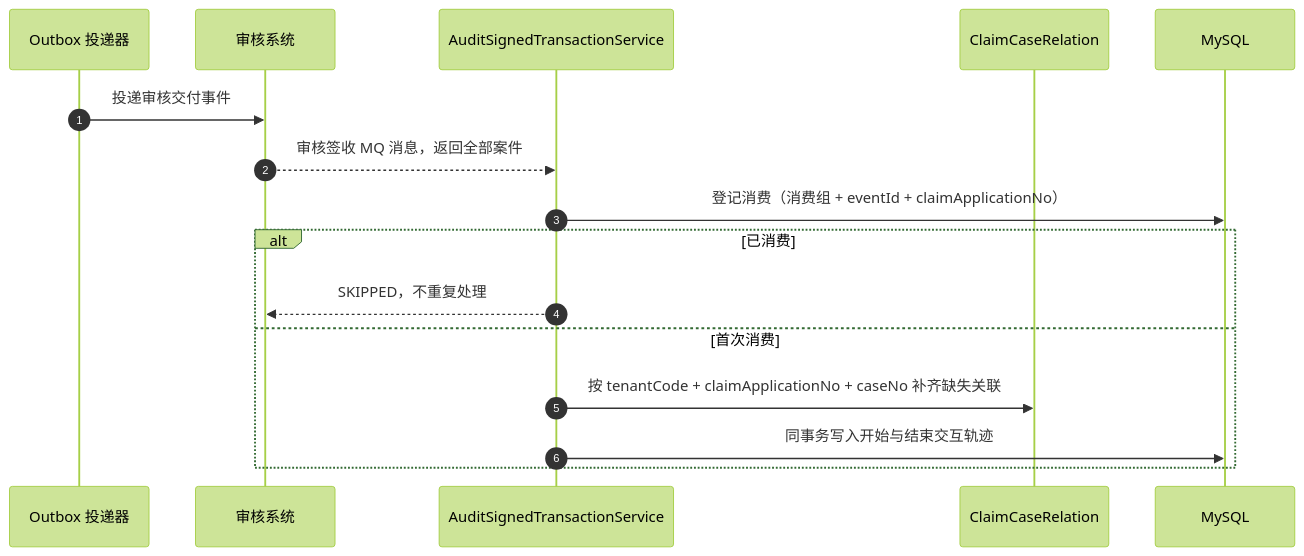
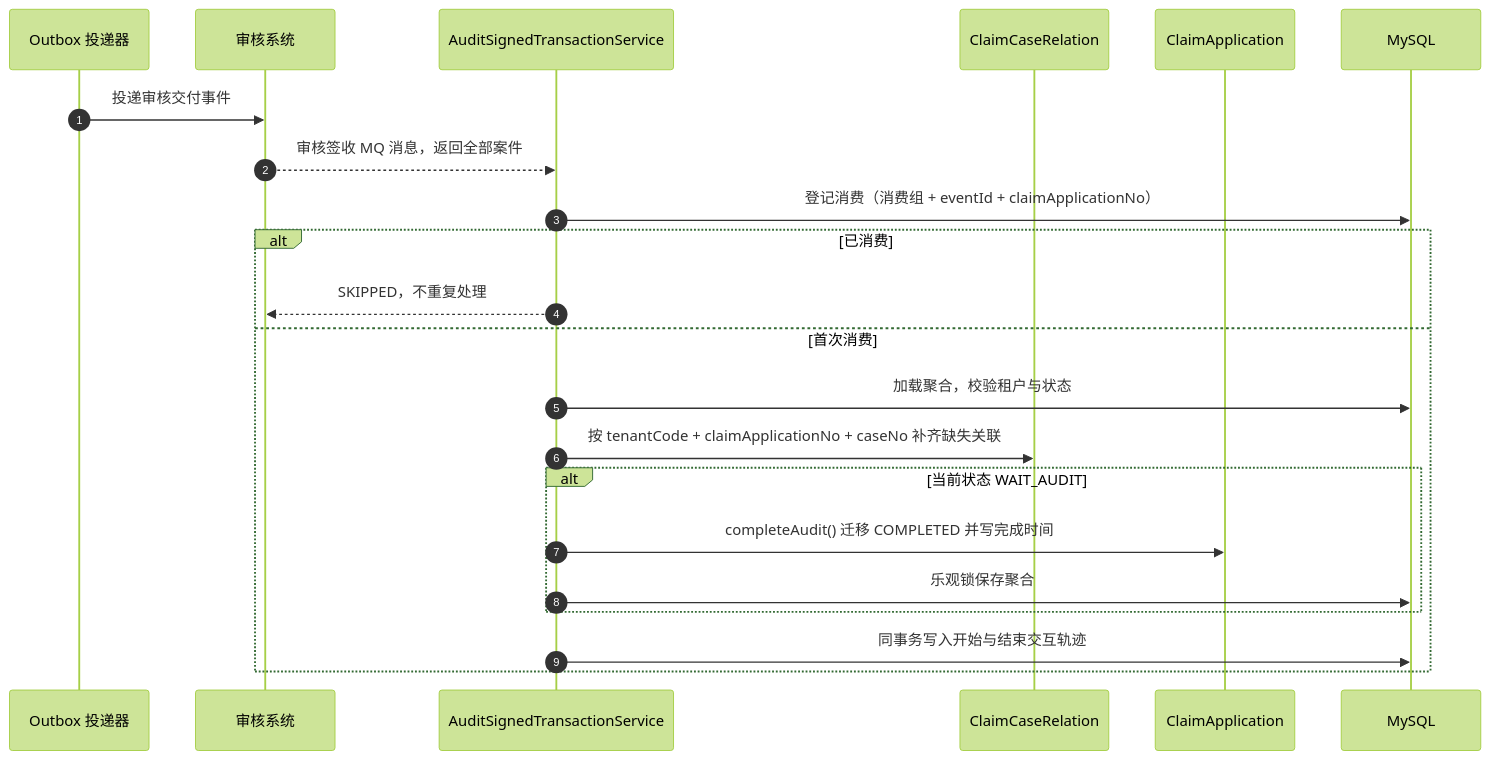
Before and after one commit to wangguangwu/claim-integration-platform: the seventh of 11 diagrams in docs/architecture/claim-application-architecture.md, drawn with Mermaid (forest theme). The commit also changed other lines of this file and 59 other files, not shown here.

````diff
--- a/docs/architecture/claim-application-architecture.md
+++ b/docs/architecture/claim-application-architecture.md
@@ -394,19 +397,25 @@
 ```mermaid
 sequenceDiagram
     autonumber
     participant O as Outbox 投递器
     participant A as 审核系统
     participant U as AuditSignedTransactionService
     participant CR as ClaimCaseRelation
+    participant APP as ClaimApplication
     participant DB as MySQL
 
     O->>A: 投递审核交付事件
     A-->>U: 审核签收 MQ 消息，返回全部案件
     U->>DB: 登记消费（消费组 + eventId + claimApplicationNo）
     alt 已消费
         U-->>A: SKIPPED，不重复处理
     else 首次消费
+        U->>DB: 加载聚合，校验租户与状态
         U->>CR: 按 tenantCode + claimApplicationNo + caseNo 补齐缺失关联
+        alt 当前状态 WAIT_AUDIT
+            U->>APP: completeAudit() 迁移 COMPLETED 并写完成时间
+            U->>DB: 乐观锁保存聚合
+        end
         U->>DB: 同事务写入开始与结束交互轨迹
     end
 ```
````
